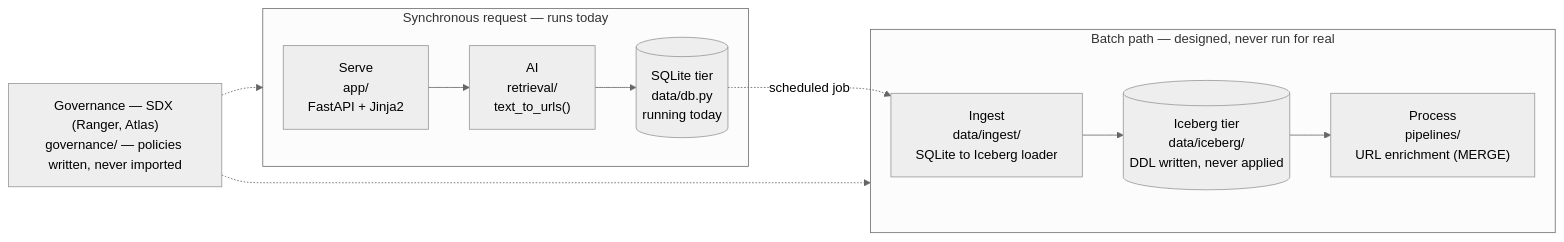
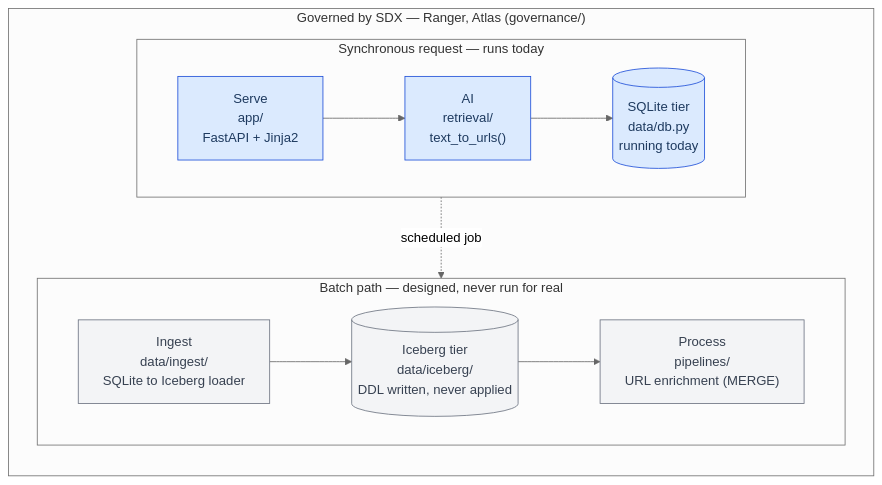
Before and after one commit to masonjung/Cloudera_Source_Ledger: the diagram in docs/ARCHITECTURE.md, drawn with Mermaid (neutral theme). The commit also changed 1 other file, not shown here.

Commit message:
suggested changes to README and ARCHITECTURE

````diff
--- a/docs/ARCHITECTURE.md
+++ b/docs/ARCHITECTURE.md
@@ -17,22 +17,22 @@
 ```mermaid
-flowchart LR
-    subgraph SYNC["Synchronous request — runs today"]
-        SERVE["Serve<br/>app/<br/>FastAPI + Jinja2"]
-        AI["AI<br/>retrieval/<br/>text_to_urls()"]
-        SQLITE[("SQLite tier<br/>data/db.py<br/>running today")]
-        SERVE --> AI --> SQLITE
+flowchart TB
+    subgraph GOV["Governed by SDX — Ranger, Atlas (governance/)"]
+        direction TB
+        subgraph SYNC["Synchronous request — runs today"]
+            direction LR
+            SERVE["Serve<br/>app/<br/>FastAPI + Jinja2"] --> AI["AI<br/>retrieval/<br/>text_to_urls()"] --> SQLITE[("SQLite tier<br/>data/db.py<br/>running today")]
+        end
+
+        subgraph BATCH["Batch path — designed, never run for real"]
+            direction LR
+            INGEST["Ingest<br/>data/ingest/<br/>SQLite to Iceberg loader"] --> ICEBERG[("Iceberg tier<br/>data/iceberg/<br/>DDL written, never applied")] --> PROCESS["Process<br/>pipelines/<br/>URL enrichment (MERGE)"]
+        end
+
+        SQLITE -. "scheduled job" .-> INGEST
     end
 
-    subgraph BATCH["Batch path — designed, never run for real"]
-        INGEST["Ingest<br/>data/ingest/<br/>SQLite to Iceberg loader"]
-        ICEBERG[("Iceberg tier<br/>data/iceberg/<br/>DDL written, never applied")]
-        PROCESS["Process<br/>pipelines/<br/>URL enrichment (MERGE)"]
-        INGEST --> ICEBERG --> PROCESS
-    end
-
-    SQLITE -. "scheduled job" .-> INGEST
-
-    GOV["Governance — SDX (Ranger, Atlas)<br/>governance/ — policies written, never imported"]
-    GOV -.-> SYNC
-    GOV -.-> BATCH
+    classDef sync fill:#dbeafe,stroke:#1d4ed8,color:#1e3a5f;
+    classDef batch fill:#f3f4f6,stroke:#6b7280,color:#374151;
+    class SERVE,AI,SQLITE sync;
+    class INGEST,ICEBERG,PROCESS batch;
 ```
````
